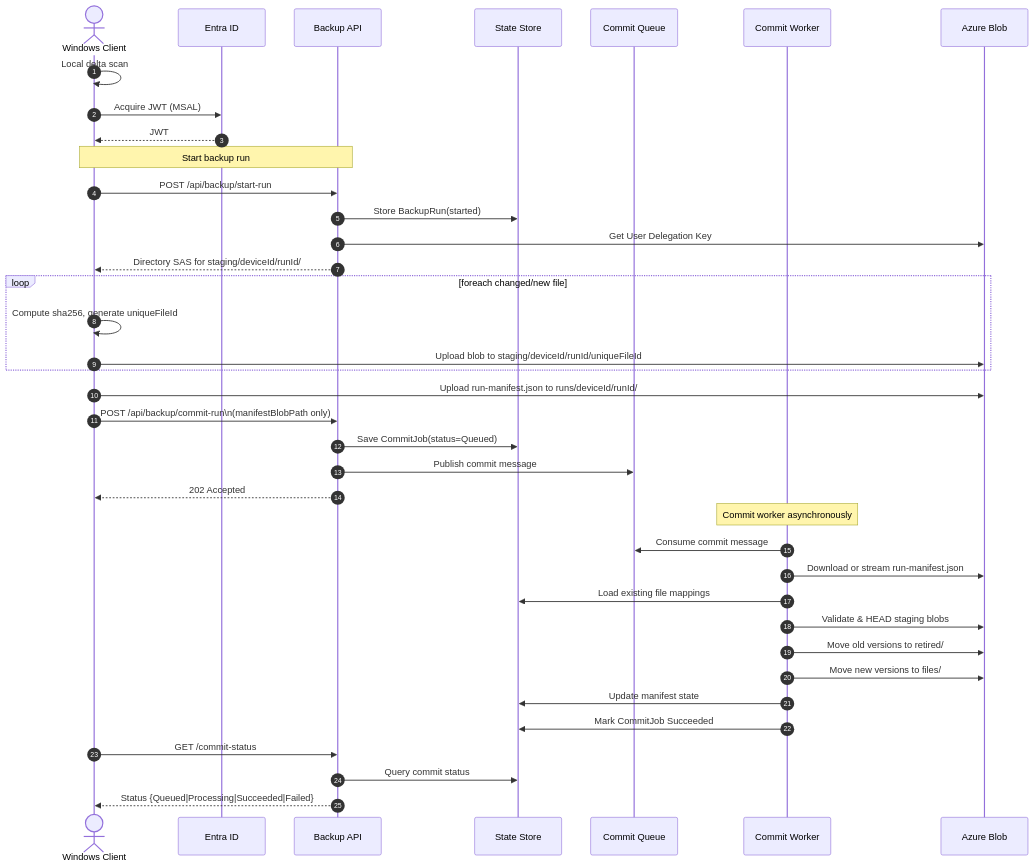
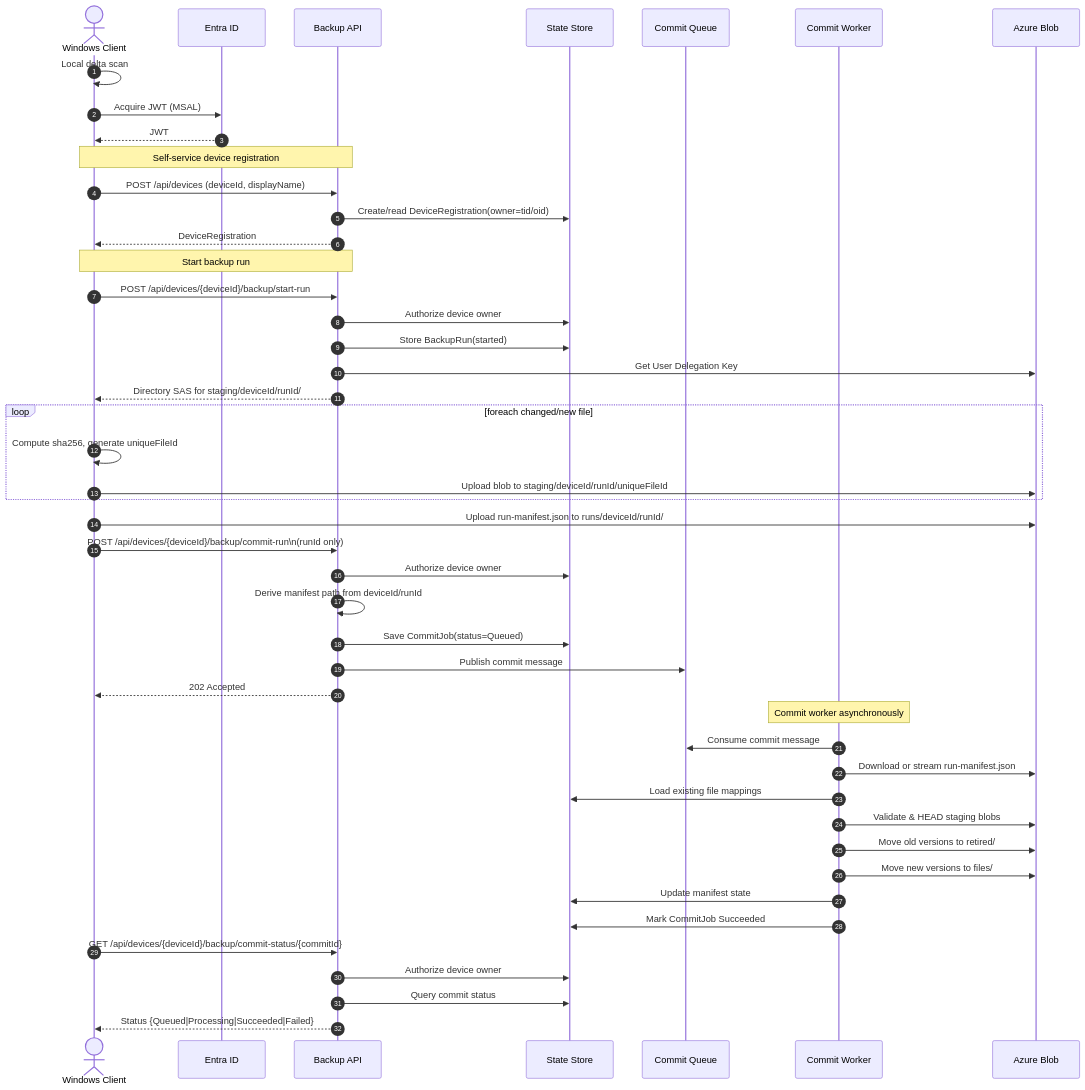
One commit to FlorisDeVries/stowhaven changed the second of 3 diagrams in doc/TECHNICAL_DESIGN.md. Above: the diagram before and after it, drawn with Mermaid. The commit also changed other lines of this file and 124 other files, not shown here.

Commit message:
Fixed consistency issues Refactored for better architecture

````diff
--- a/doc/TECHNICAL_DESIGN.md
+++ b/doc/TECHNICAL_DESIGN.md
@@ -133,49 +137,59 @@
 ```mermaid
 sequenceDiagram
     autonumber
     actor C as Windows Client
     participant E as Entra ID
     participant A as Backup API
     participant S as State Store
     participant Q as Commit Queue
     participant W as Commit Worker
     participant B as Azure Blob
 
     C->>C: Local delta scan
     C->>E: Acquire JWT (MSAL)
     E-->>C: JWT
 
+    Note over C,A: Self-service device registration
+
+    C->>A: POST /api/devices (deviceId, displayName)
+    A->>S: Create/read DeviceRegistration(owner=tid/oid)
+    A-->>C: DeviceRegistration
+
     Note over C,A: Start backup run
 
-    C->>A: POST /api/backup/start-run
+    C->>A: POST /api/devices/{deviceId}/backup/start-run
+    A->>S: Authorize device owner
     A->>S: Store BackupRun(started)
     A->>B: Get User Delegation Key
     A-->>C: Directory SAS for staging/deviceId/runId/
 
     loop foreach changed/new file
       C->>C: Compute sha256, generate uniqueFileId
       C->>B: Upload blob to staging/deviceId/runId/uniqueFileId
     end
 
     C->>B: Upload run-manifest.json to runs/deviceId/runId/
 
-    C->>A: POST /api/backup/commit-run\n(manifestBlobPath only)
+    C->>A: POST /api/devices/{deviceId}/backup/commit-run\n(runId only)
+    A->>S: Authorize device owner
+    A->>A: Derive manifest path from deviceId/runId
     A->>S: Save CommitJob(status=Queued)
     A->>Q: Publish commit message
     A-->>C: 202 Accepted
 
     Note over W: Commit worker asynchronously
 
     W->>Q: Consume commit message
     W->>B: Download or stream run-manifest.json
     W->>S: Load existing file mappings
     W->>B: Validate & HEAD staging blobs
     W->>B: Move old versions to retired/
     W->>B: Move new versions to files/
     W->>S: Update manifest state
     W->>S: Mark CommitJob Succeeded
 
-    C->>A: GET /commit-status
+    C->>A: GET /api/devices/{deviceId}/backup/commit-status/{commitId}
+    A->>S: Authorize device owner
     A->>S: Query commit status
     A-->>C: Status {Queued|Processing|Succeeded|Failed}
 ```
````
